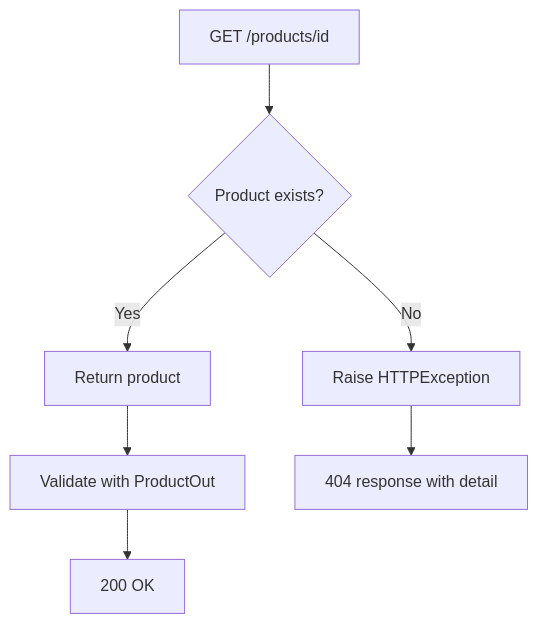
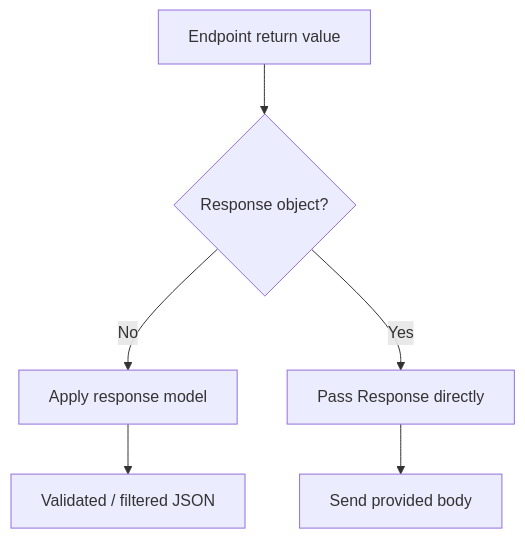
Before and after one commit to AvadhBhalodiya/Interview-Preparation: the fourth of 5 diagrams in src/content/fastapi/response-models.md, drawn with Mermaid. The commit also changed other lines of this file and 80 other files, not shown here.

````diff
--- a/src/content/fastapi/response-models.md
+++ b/src/content/fastapi/response-models.md
@@ -991,9 +540,8 @@
 ```mermaid
 flowchart TD
-    A[GET /products/id] --> B{Product exists?}
-    B -- Yes --> C[Return product]
-    C --> D[Validate with ProductOut]
-    D --> E[200 OK]
-    B -- No --> F[Raise HTTPException]
-    F --> G[404 response with detail]
+    A[Endpoint return value] --> B{Response object?}
+    B -- No --> C[Apply response model]
+    C --> D[Validated / filtered JSON]
+    B -- Yes --> E[Pass Response directly]
+    E --> F[Send provided body]
 ```
````
